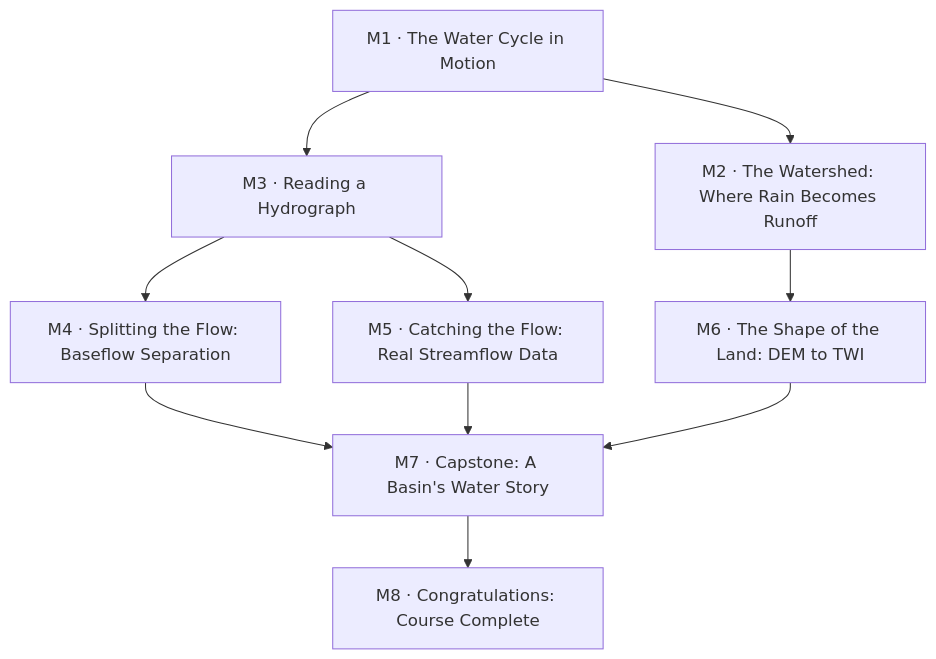
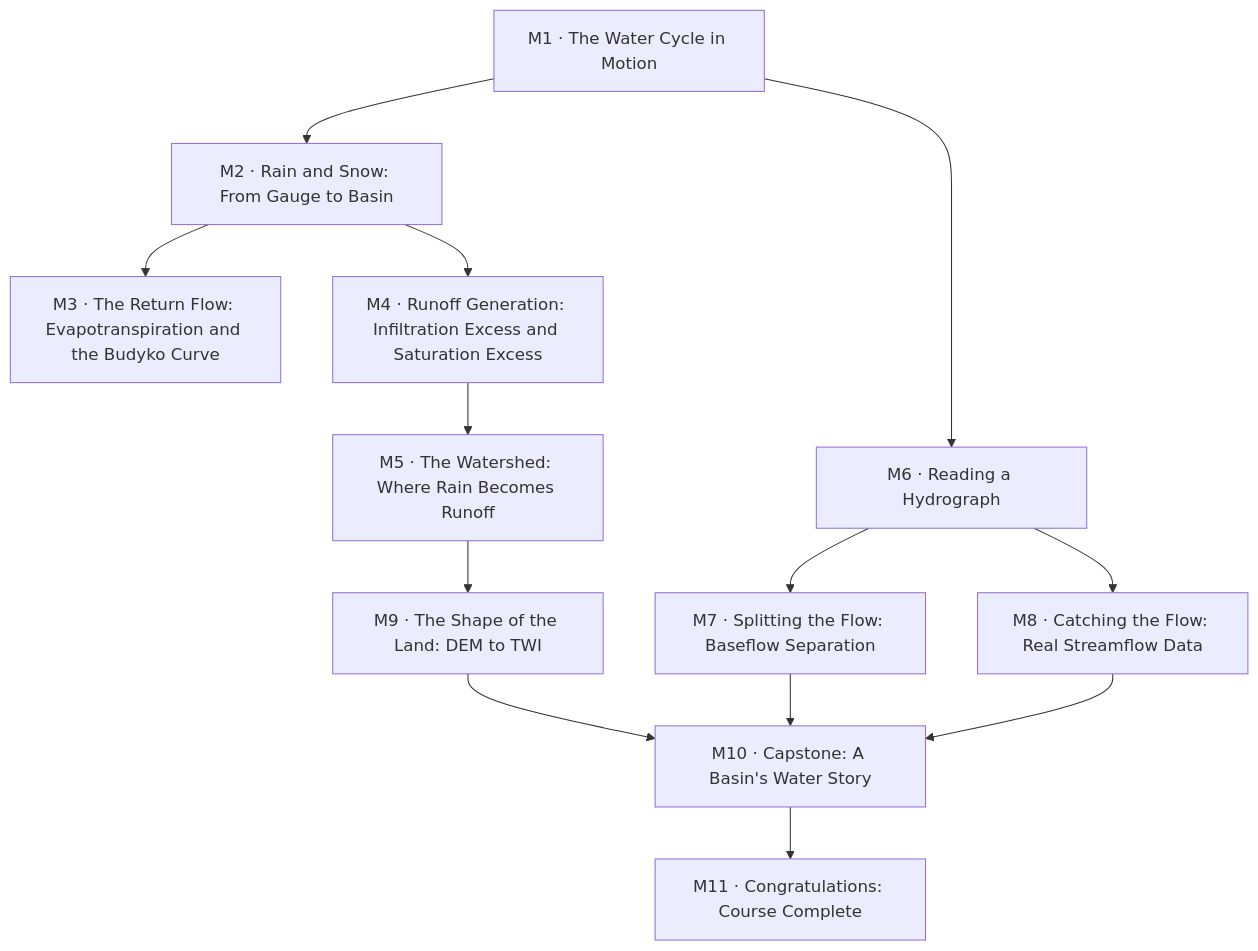
Before and after one commit to AI-Hydro/Modules: the diagram in courses/intro-to-hydrology/README.md, drawn with Mermaid. The commit also changed other lines of this file and 34 other files, not shown here.

First line of the commit message:
feat(course): add precipitation, evapotranspiration and runoff-generation lessons (course 0.4.0, certificate 0.1.3)

````diff
--- a/courses/intro-to-hydrology/README.md
+++ b/courses/intro-to-hydrology/README.md
@@ -25,20 +28,26 @@
 ```mermaid
 flowchart TD
     M1["M1 · The Water Cycle in Motion"]
-    M2["M2 · The Watershed: Where Rain Becomes Runoff"]
-    M3["M3 · Reading a Hydrograph"]
-    M4["M4 · Splitting the Flow: Baseflow Separation"]
-    M5["M5 · Catching the Flow: Real Streamflow Data"]
-    M6["M6 · The Shape of the Land: DEM to TWI"]
-    M7["M7 · Capstone: A Basin's Water Story"]
-    M8["M8 · Congratulations: Course Complete"]
+    M2["M2 · Rain and Snow: From Gauge to Basin"]
+    M3["M3 · The Return Flow: Evapotranspiration and the Budyko Curve"]
+    M4["M4 · Runoff Generation: Infiltration Excess and Saturation Excess"]
+    M5["M5 · The Watershed: Where Rain Becomes Runoff"]
+    M6["M6 · Reading a Hydrograph"]
+    M7["M7 · Splitting the Flow: Baseflow Separation"]
+    M8["M8 · Catching the Flow: Real Streamflow Data"]
+    M9["M9 · The Shape of the Land: DEM to TWI"]
+    M10["M10 · Capstone: A Basin's Water Story"]
+    M11["M11 · Congratulations: Course Complete"]
     M1 --> M2
-    M1 --> M3
-    M3 --> M4
-    M3 --> M5
-    M2 --> M6
-    M4 --> M7
-    M5 --> M7
+    M2 --> M3
+    M2 --> M4
+    M4 --> M5
+    M1 --> M6
     M6 --> M7
-    M7 --> M8
+    M6 --> M8
+    M5 --> M9
+    M7 --> M10
+    M8 --> M10
+    M9 --> M10
+    M10 --> M11
 ```
````
